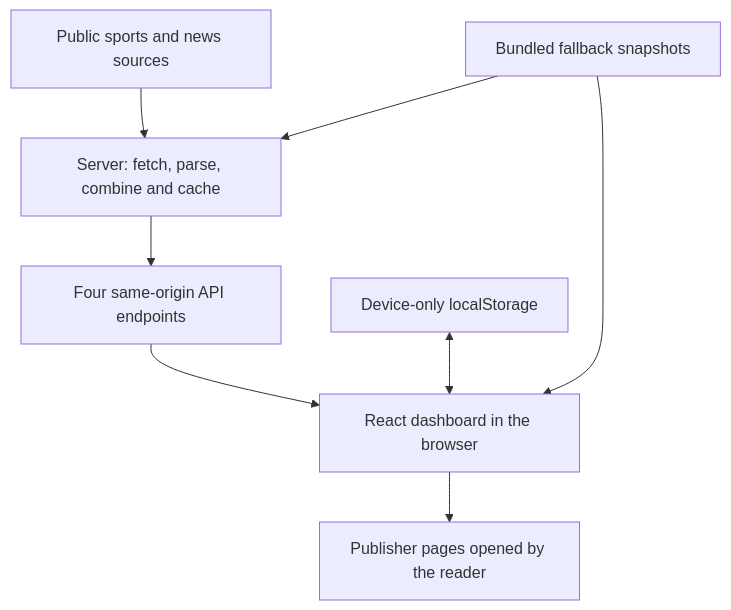
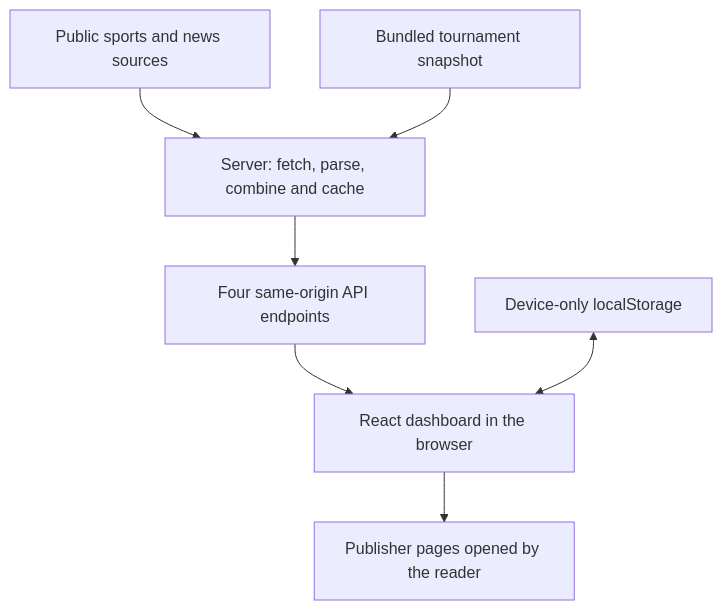
The first of 2 diagrams in ARCHITECTURE.md (jaboc83/wolves-and-friends), drawn with Mermaid before and after one commit. The commit also changed other lines of this file and 5 other files, not shown here.

````diff
--- a/ARCHITECTURE.md
+++ b/ARCHITECTURE.md
@@ -9,10 +9,9 @@
 ```mermaid
 flowchart TD
     Sources["Public sports and news sources"] --> Server["Server: fetch, parse, combine and cache"]
     Server --> API["Four same-origin API endpoints"]
-    Seeds["Bundled fallback snapshots"] --> Server
-    Seeds --> Page["React dashboard in the browser"]
-    API --> Page
+    Seeds["Bundled tournament snapshot"] --> Server
+    API --> Page["React dashboard in the browser"]
     Local["Device-only localStorage"] <--> Page
     Page --> Links["Publisher pages opened by the reader"]
 ```
````
